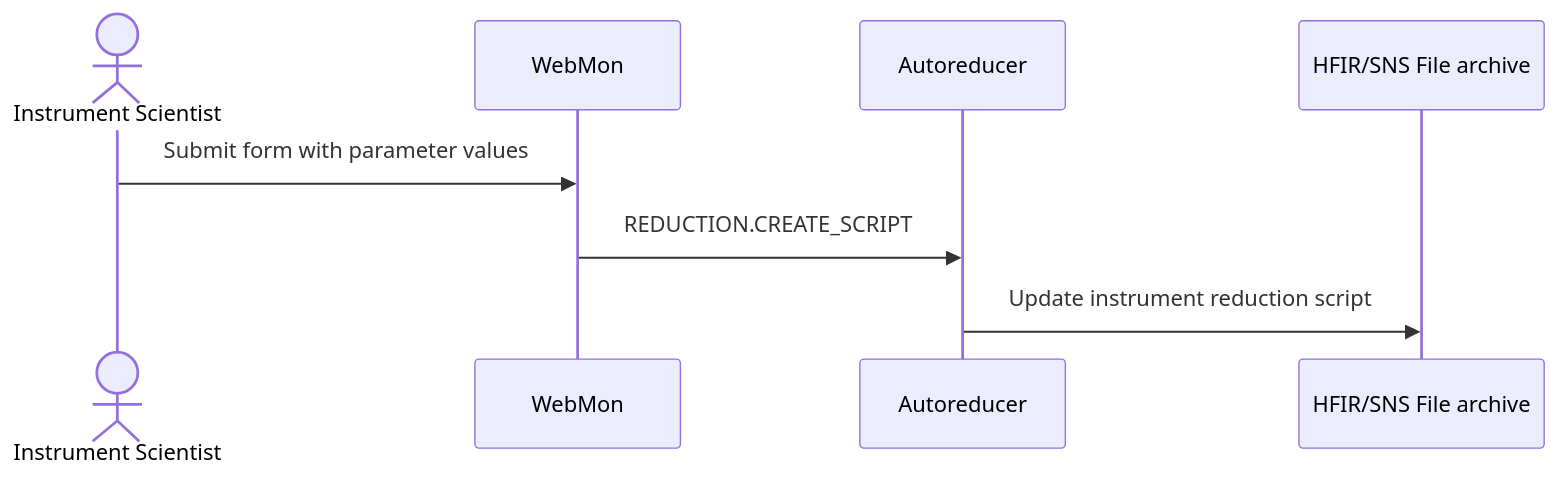
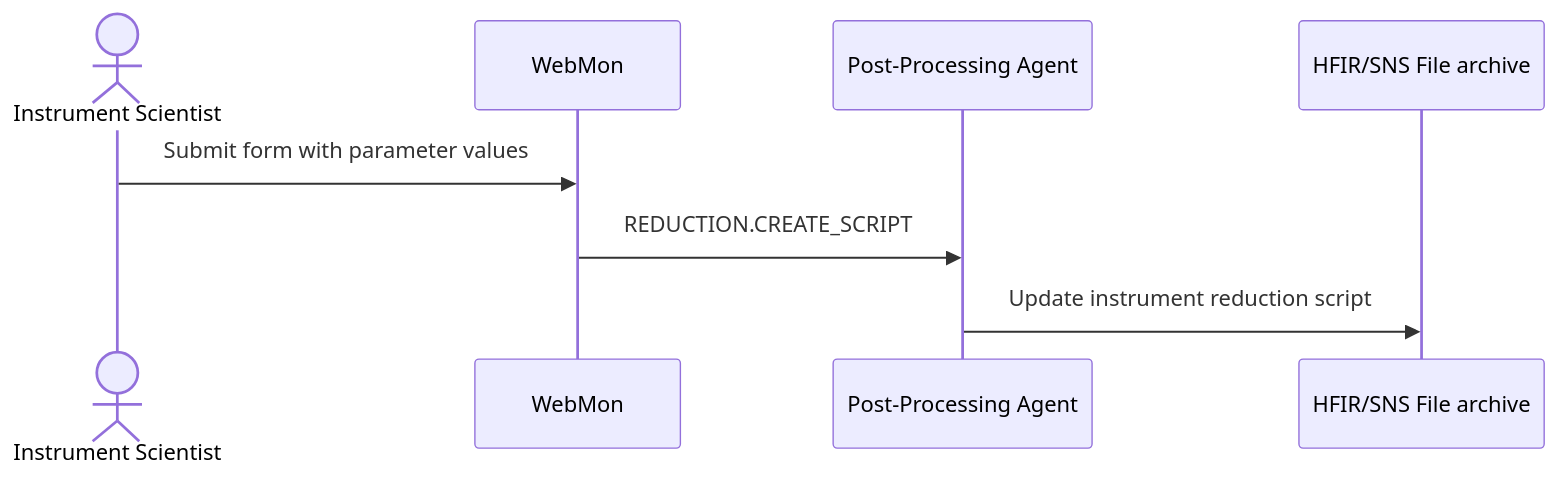
Before and after one commit to neutrons/data_workflow: the fourth of 8 diagrams in docs/developer/architecture/communication_flows.rst, drawn with Mermaid. The commit also changed other lines of this file and 2 other files, not shown here.

```diff
--- a/docs/developer/architecture/communication_flows.rst
+++ b/docs/developer/architecture/communication_flows.rst
@@ -105,11 +112,12 @@
 .. mermaid::
 
     sequenceDiagram
         actor Instrument Scientist
         participant WebMon
-        participant Autoreducer
+        participant Post-Processing Agent
         participant HFIR/SNS File archive
 
         Instrument Scientist->>WebMon: Submit form with parameter values
-        WebMon->>Autoreducer: REDUCTION.CREATE_SCRIPT
-        Autoreducer->>HFIR/SNS File archive: Update instrument reduction script
+        WebMon->>Post-Processing Agent: REDUCTION.CREATE_SCRIPT
+        Post-Processing Agent->>HFIR/SNS File archive: Update instrument reduction script
+        %%{init:{'themeCSS':'g:nth-of-type(5) rect.actor { fill:#faf2e6; stroke:#f2e3cb; };g:nth-of-type(9) rect.actor { fill:#faf2e6; stroke:#f2e3cb; };'}}%%
```
